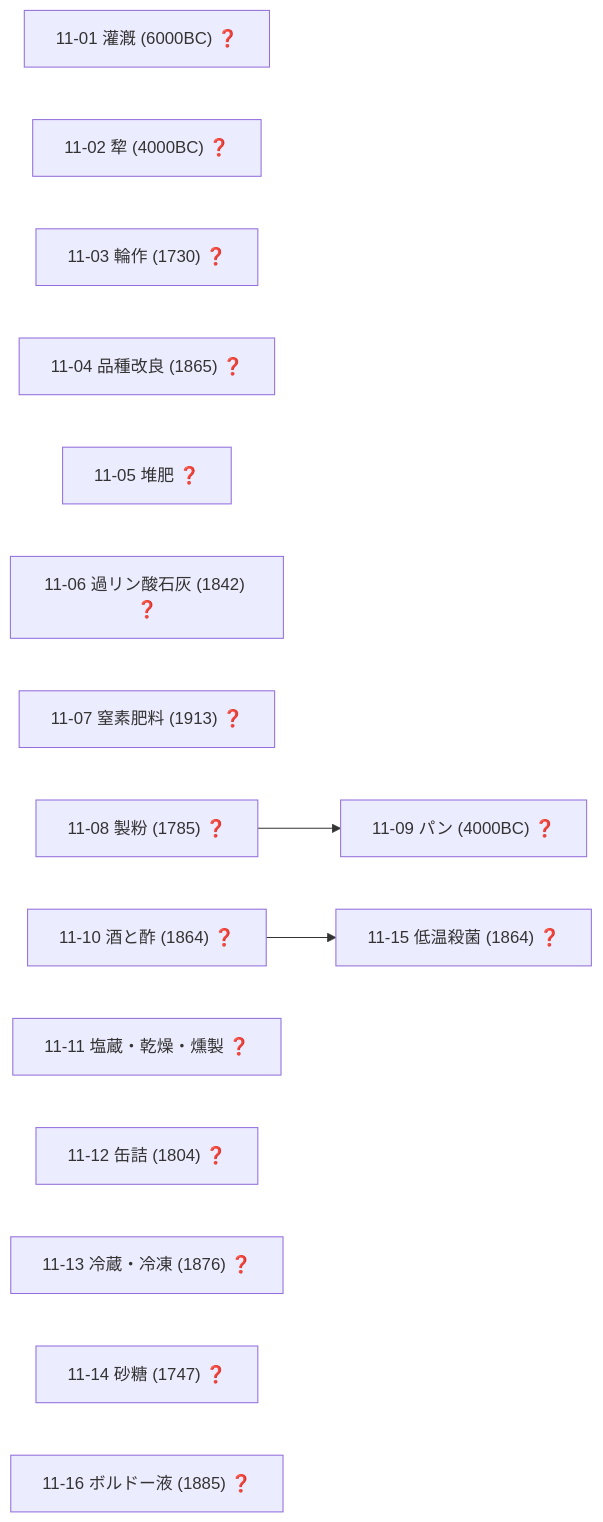
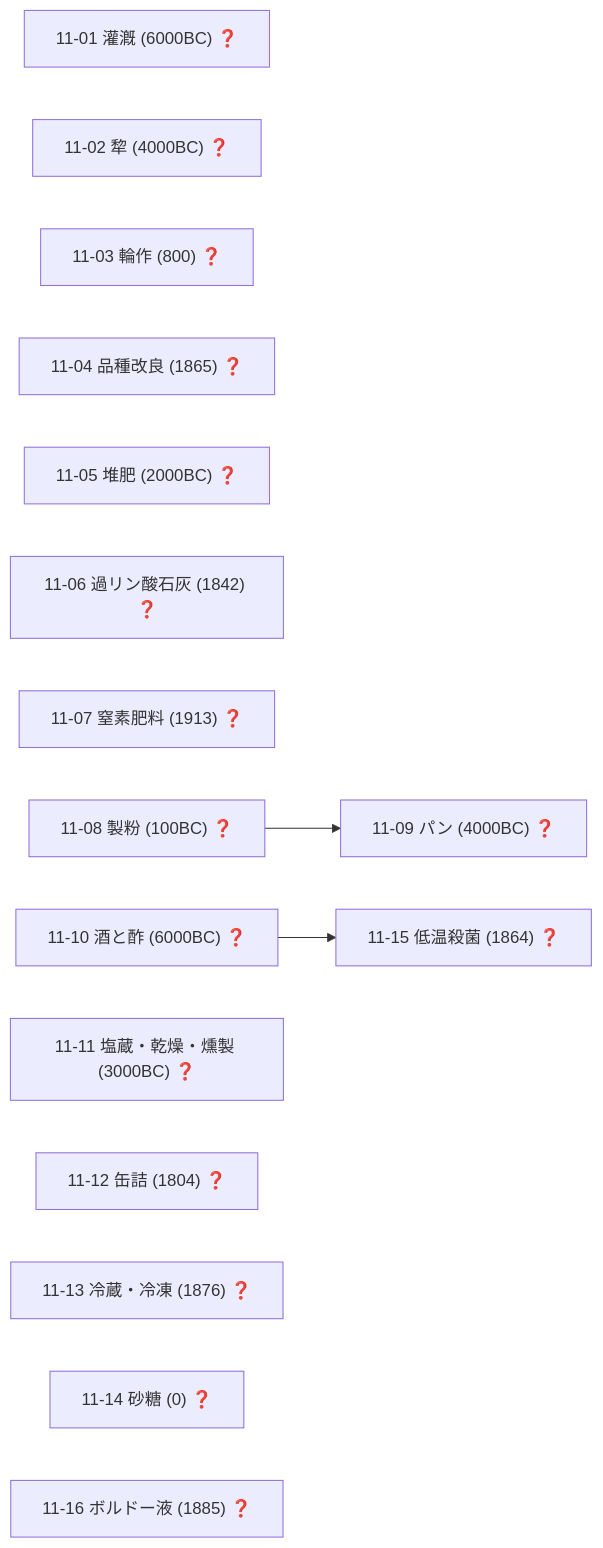
Diagram 14 of 19 in docs/TECH_TREE_VIEW.md (taku3i0317-collab/semiconductor-lab), drawn with Mermaid before and after one commit. The commit also changed other lines of this file and 7 other files, not shown here.

````diff
--- a/docs/TECH_TREE_VIEW.md
+++ b/docs/TECH_TREE_VIEW.md
@@ -671,21 +671,21 @@
 ```mermaid
 graph LR
   n11_01["11-01 灌漑 (6000BC) ❓"]
   n11_02["11-02 犂 (4000BC) ❓"]
-  n11_03["11-03 輪作 (1730) ❓"]
+  n11_03["11-03 輪作 (800) ❓"]
   n11_04["11-04 品種改良 (1865) ❓"]
-  n11_05["11-05 堆肥 ❓"]
+  n11_05["11-05 堆肥 (2000BC) ❓"]
   n11_06["11-06 過リン酸石灰 (1842) ❓"]
   n11_07["11-07 窒素肥料 (1913) ❓"]
-  n11_08["11-08 製粉 (1785) ❓"]
+  n11_08["11-08 製粉 (100BC) ❓"]
   n11_09["11-09 パン (4000BC) ❓"]
-  n11_10["11-10 酒と酢 (1864) ❓"]
-  n11_11["11-11 塩蔵・乾燥・燻製 ❓"]
+  n11_10["11-10 酒と酢 (6000BC) ❓"]
+  n11_11["11-11 塩蔵・乾燥・燻製 (3000BC) ❓"]
   n11_12["11-12 缶詰 (1804) ❓"]
   n11_13["11-13 冷蔵・冷凍 (1876) ❓"]
-  n11_14["11-14 砂糖 (1747) ❓"]
+  n11_14["11-14 砂糖 (0) ❓"]
   n11_15["11-15 低温殺菌 (1864) ❓"]
   n11_16["11-16 ボルドー液 (1885) ❓"]
   n11_08-->n11_09
   n11_10-->n11_15
 ```
````
